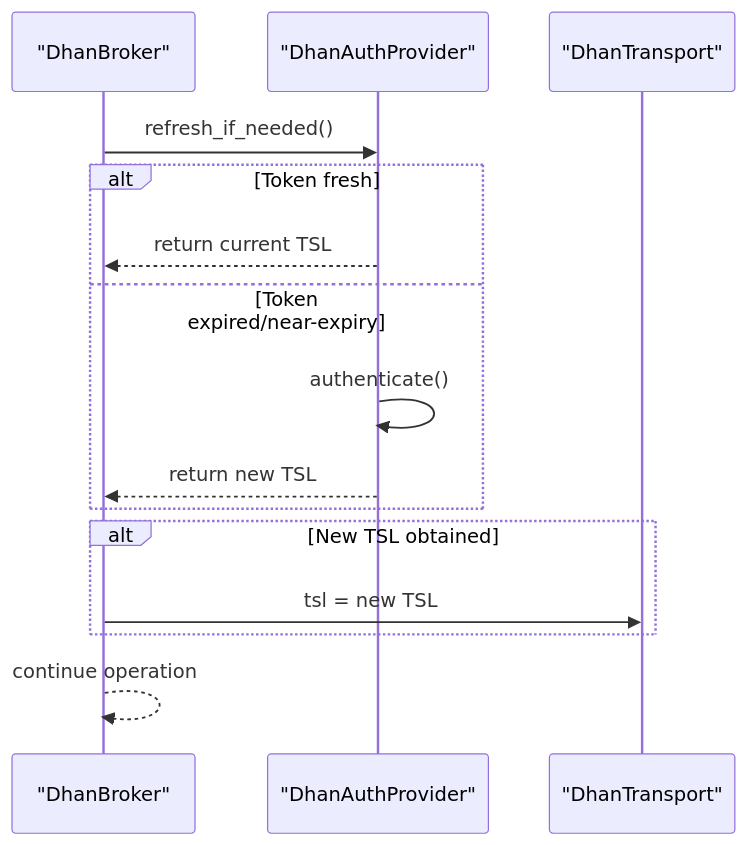
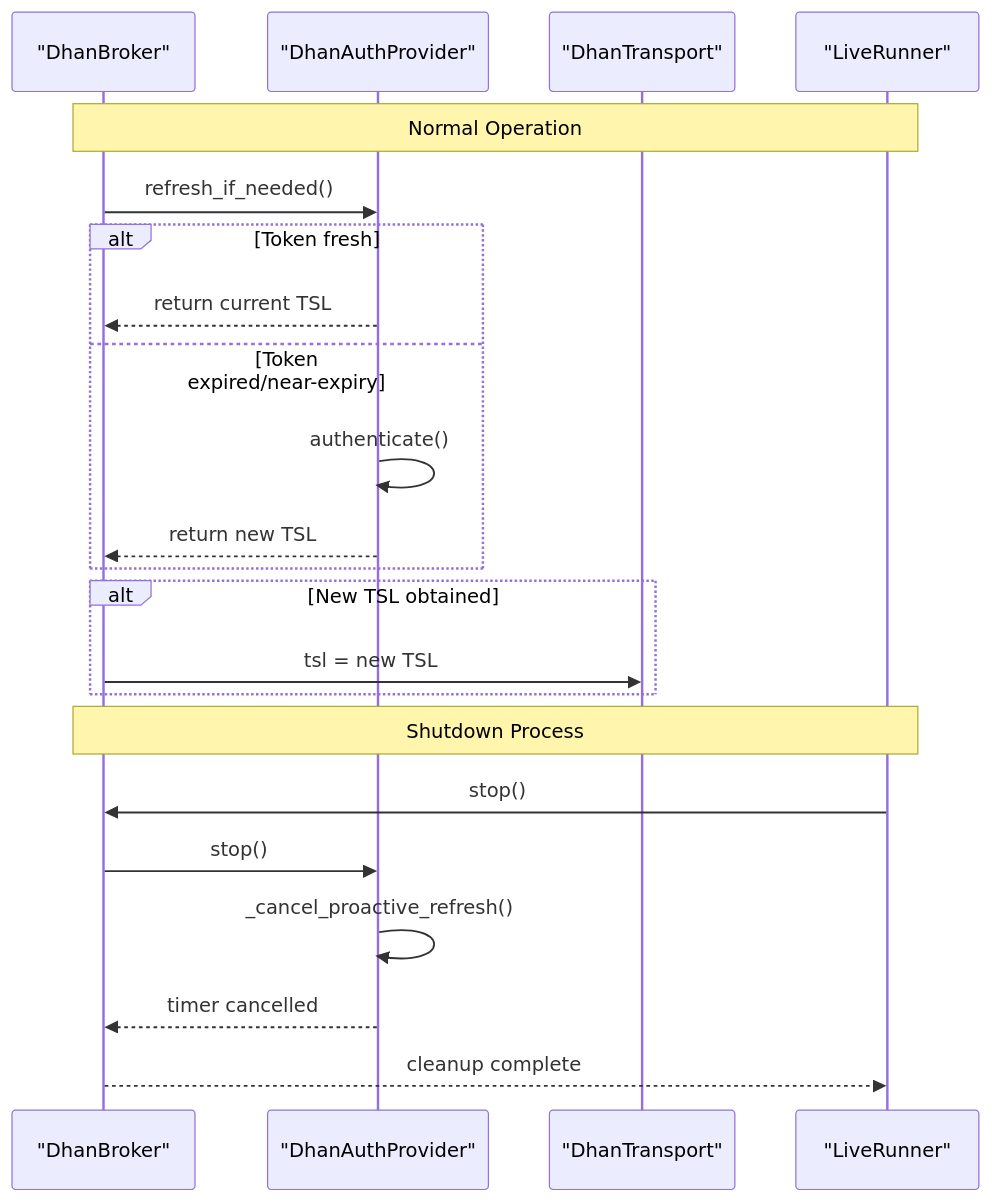
The fifth of 9 diagrams in .qoder/repowiki/en/content/Broker Integration/Authentication & Security.md (Ganesh-Kusundal/nTrade), drawn with Mermaid before and after one commit. The commit also changed other lines of this file and 331 other files, not shown here.

````diff
--- a/.qoder/repowiki/en/content/Broker Integration/Authentication & Security.md
+++ b/.qoder/repowiki/en/content/Broker Integration/Authentication & Security.md
@@ -360,17 +406,24 @@
 ```mermaid
 sequenceDiagram
 participant Broker as "DhanBroker"
 participant Auth as "DhanAuthProvider"
 participant Transport as "DhanTransport"
+participant Runner as "LiveRunner"
+Note over Broker,Runner : Normal Operation
 Broker->>Auth : refresh_if_needed()
 alt Token fresh
 Auth-->>Broker : return current TSL
 else Token expired/near-expiry
 Auth->>Auth : authenticate()
 Auth-->>Broker : return new TSL
 end
 alt New TSL obtained
 Broker->>Transport : tsl = new TSL
 end
-Broker-->>Broker : continue operation
+Note over Broker,Runner : Shutdown Process
+Runner->>Broker : stop()
+Broker->>Auth : stop()
+Auth->>Auth : _cancel_proactive_refresh()
+Auth-->>Broker : timer cancelled
+Broker-->>Runner : cleanup complete
 ```
````
